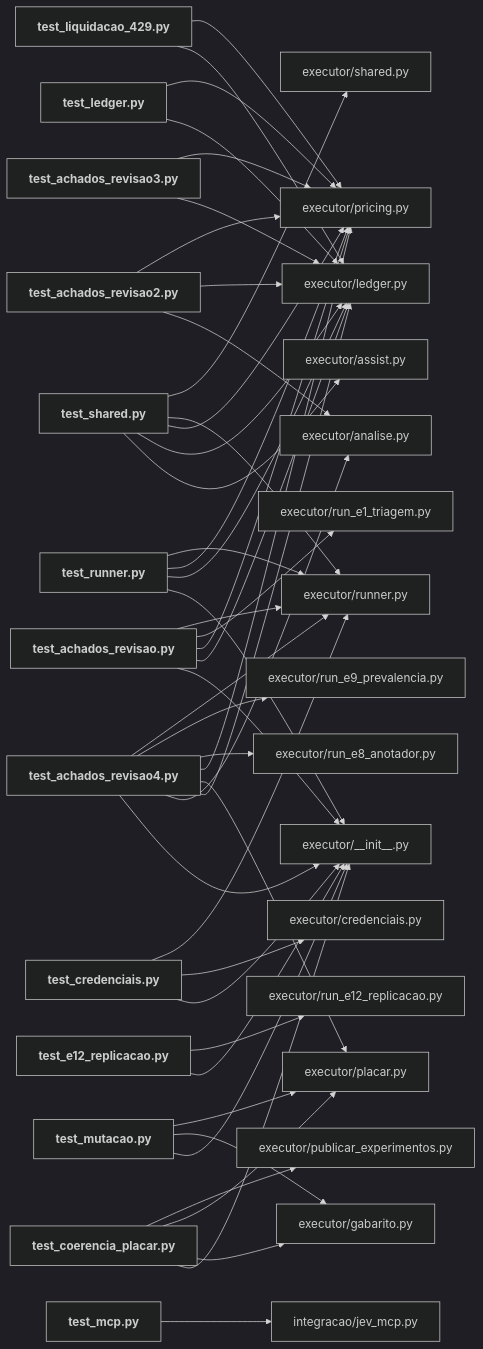
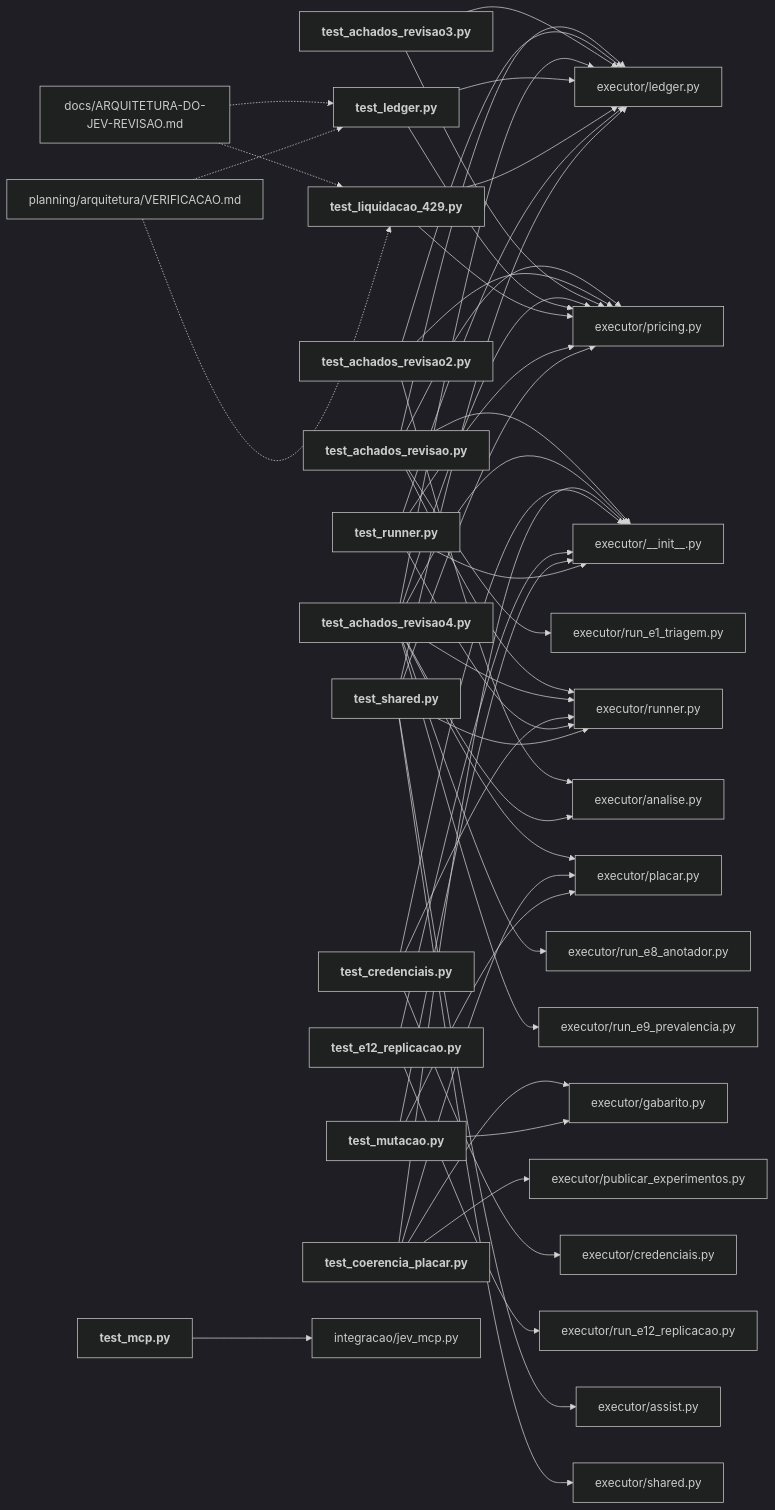
The diagram in mapa/pastas/executor__tests.md (igormorais123/JEV), drawn with Mermaid (dark theme) before and after one commit. The commit also changed other lines of this file and 109 other files, not shown here.

Commit message:
Integra material de arquitetura INTEIA, referências e ferramentas JEV

````diff
--- a/mapa/pastas/executor__tests.md
+++ b/mapa/pastas/executor__tests.md
@@ -34,76 +34,82 @@
 ```mermaid
 flowchart LR
+  n_docs_ARQUITETURA_DO_JEV_REVISAO_md["docs/ARQUITETURA-DO-JEV-REVISAO.md"]
   n_executor___init___py["executor/__init__.py"]
   n_executor_analise_py["executor/analise.py"]
   n_executor_assist_py["executor/assist.py"]
   n_executor_credenciais_py["executor/credenciais.py"]
   n_executor_gabarito_py["executor/gabarito.py"]
   n_executor_ledger_py["executor/ledger.py"]
   n_executor_placar_py["executor/placar.py"]
   n_executor_pricing_py["executor/pricing.py"]
   n_executor_publicar_experimentos_py["executor/publicar_experimentos.py"]
   n_executor_run_e12_replicacao_py["executor/run_e12_replicacao.py"]
   n_executor_run_e1_triagem_py["executor/run_e1_triagem.py"]
   n_executor_run_e8_anotador_py["executor/run_e8_anotador.py"]
   n_executor_run_e9_prevalencia_py["executor/run_e9_prevalencia.py"]
   n_executor_runner_py["executor/runner.py"]
   n_executor_shared_py["executor/shared.py"]
   n_executor_tests_test_achados_revisao_py["<b>test_achados_revisao.py</b>"]
   n_executor_tests_test_achados_revisao2_py["<b>test_achados_revisao2.py</b>"]
   n_executor_tests_test_achados_revisao3_py["<b>test_achados_revisao3.py</b>"]
   n_executor_tests_test_achados_revisao4_py["<b>test_achados_revisao4.py</b>"]
   n_executor_tests_test_coerencia_placar_py["<b>test_coerencia_placar.py</b>"]
   n_executor_tests_test_credenciais_py["<b>test_credenciais.py</b>"]
   n_executor_tests_test_e12_replicacao_py["<b>test_e12_replicacao.py</b>"]
   n_executor_tests_test_ledger_py["<b>test_ledger.py</b>"]
   n_executor_tests_test_liquidacao_429_py["<b>test_liquidacao_429.py</b>"]
   n_executor_tests_test_mcp_py["<b>test_mcp.py</b>"]
   n_executor_tests_test_mutacao_py["<b>test_mutacao.py</b>"]
   n_executor_tests_test_runner_py["<b>test_runner.py</b>"]
   n_executor_tests_test_shared_py["<b>test_shared.py</b>"]
   n_integracao_jev_mcp_py["integracao/jev_mcp.py"]
+  n_planning_arquitetura_VERIFICACAO_md["planning/arquitetura/VERIFICACAO.md"]
+  n_docs_ARQUITETURA_DO_JEV_REVISAO_md -.-> n_executor_tests_test_ledger_py
+  n_docs_ARQUITETURA_DO_JEV_REVISAO_md -.-> n_executor_tests_test_liquidacao_429_py
   n_executor_tests_test_achados_revisao_py --> n_executor___init___py
   n_executor_tests_test_achados_revisao_py --> n_executor_ledger_py
   n_executor_tests_test_achados_revisao_py --> n_executor_pricing_py
   n_executor_tests_test_achados_revisao_py --> n_executor_run_e1_triagem_py
   n_executor_tests_test_achados_revisao_py --> n_executor_runner_py
   n_executor_tests_test_achados_revisao2_py --> n_executor_analise_py
   n_executor_tests_test_achados_revisao2_py --> n_executor_ledger_py
   n_executor_tests_test_achados_revisao2_py --> n_executor_pricing_py
   n_executor_tests_test_achados_revisao3_py --> n_executor_ledger_py
   n_executor_tests_test_achados_revisao3_py --> n_executor_pricing_py
   n_executor_tests_test_achados_revisao4_py --> n_executor___init___py
   n_executor_tests_test_achados_revisao4_py --> n_executor_analise_py
   n_executor_tests_test_achados_revisao4_py --> n_executor_ledger_py
   n_executor_tests_test_achados_revisao4_py --> n_executor_placar_py
   n_executor_tests_test_achados_revisao4_py --> n_executor_pricing_py
   n_executor_tests_test_achados_revisao4_py --> n_executor_run_e8_anotador_py
   n_executor_tests_test_achados_revisao4_py --> n_executor_run_e9_prevalencia_py
   n_executor_tests_test_achados_revisao4_py --> n_executor_runner_py
   n_executor_tests_test_coerencia_placar_py --> n_executor___init___py
   n_executor_tests_test_coerencia_placar_py --> n_executor_gabarito_py
   n_executor_tests_test_coerencia_placar_py --> n_executor_placar_py
   n_executor_tests_test_coerencia_placar_py --> n_executor_publicar_experimentos_py
   n_executor_tests_test_credenciais_py --> n_executor___init___py
   n_executor_tests_test_credenciais_py --> n_executor_credenciais_py
   n_executor_tests_test_credenciais_py --> n_executor_runner_py
   n_executor_tests_test_e12_replicacao_py --> n_executor___init___py
   n_executor_tests_test_e12_replicacao_py --> n_executor_run_e12_replicacao_py
   n_executor_tests_test_ledger_py --> n_executor_ledger_py
   n_executor_tests_test_ledger_py --> n_executor_pricing_py
   n_executor_tests_test_liquidacao_429_py --> n_executor_ledger_py
   n_executor_tests_test_liquidacao_429_py --> n_executor_pricing_py
   n_executor_tests_test_mcp_py --> n_integracao_jev_mcp_py
   n_executor_tests_test_mutacao_py --> n_executor___init___py
   n_executor_tests_test_mutacao_py --> n_executor_gabarito_py
   n_executor_tests_test_mutacao_py --> n_executor_placar_py
   n_executor_tests_test_runner_py --> n_executor___init___py
   n_executor_tests_test_runner_py --> n_executor_ledger_py
   n_executor_tests_test_runner_py --> n_executor_pricing_py
   n_executor_tests_test_runner_py --> n_executor_runner_py
   n_executor_tests_test_shared_py --> n_executor_assist_py
   n_executor_tests_test_shared_py --> n_executor_ledger_py
   n_executor_tests_test_shared_py --> n_executor_pricing_py
   n_executor_tests_test_shared_py --> n_executor_runner_py
   n_executor_tests_test_shared_py --> n_executor_shared_py
+  n_planning_arquitetura_VERIFICACAO_md -.-> n_executor_tests_test_ledger_py
+  n_planning_arquitetura_VERIFICACAO_md -.-> n_executor_tests_test_liquidacao_429_py
 ```
````
